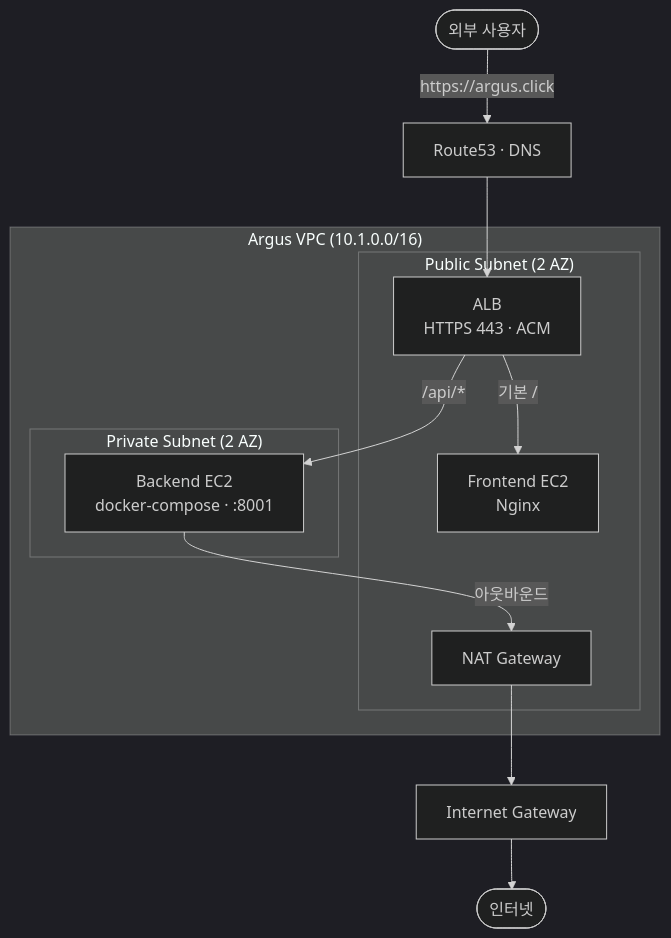
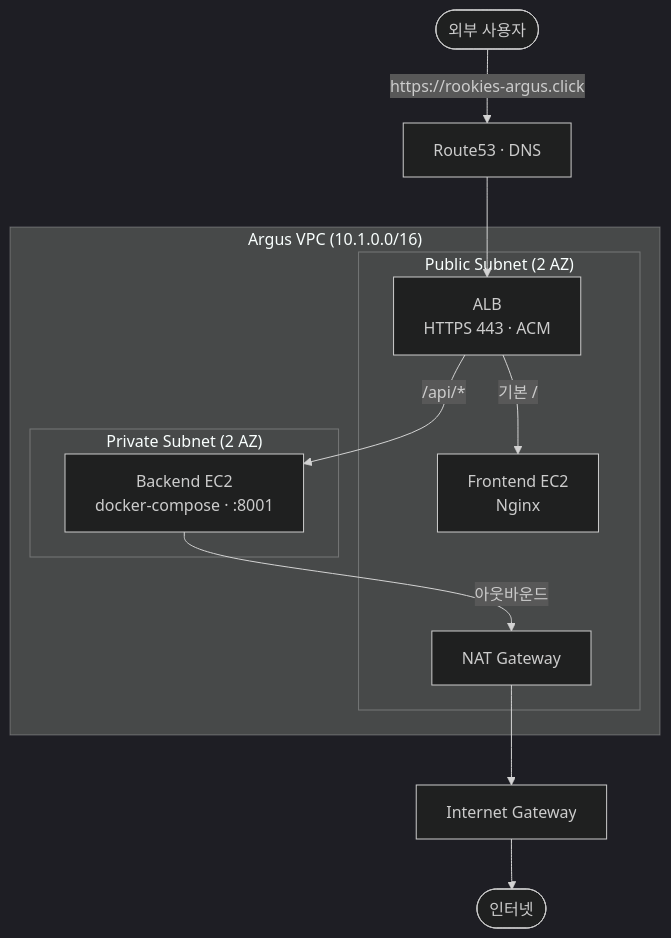
The diagram in README.md (UR-ARGUS/ARGUS_Infra), drawn with Mermaid (dark theme) before and after one commit. The commit also changed other lines of this file, not shown here.

````diff
--- a/README.md
+++ b/README.md
@@ -14,20 +14,20 @@
 ```mermaid
 flowchart TB
-    User([외부 사용자]) -->|"https://argus.click"| R53[Route53 · DNS]
+    User([외부 사용자]) -->|"https://rookies-argus.click"| R53[Route53 · DNS]
     R53 --> ALB
 
     subgraph VPC["Argus VPC (10.1.0.0/16)"]
       subgraph Public["Public Subnet (2 AZ)"]
         ALB[ALB<br/>HTTPS 443 · ACM]
         FE[Frontend EC2<br/>Nginx]
         NAT[NAT Gateway]
       end
       subgraph Private["Private Subnet (2 AZ)"]
         BE[Backend EC2<br/>docker-compose · :8001]
       end
     end
 
     ALB -->|"기본 /"| FE
     ALB -->|"/api/*"| BE
     BE -->|아웃바운드| NAT --> IGW[Internet Gateway] --> Net([인터넷])
 ```
````
